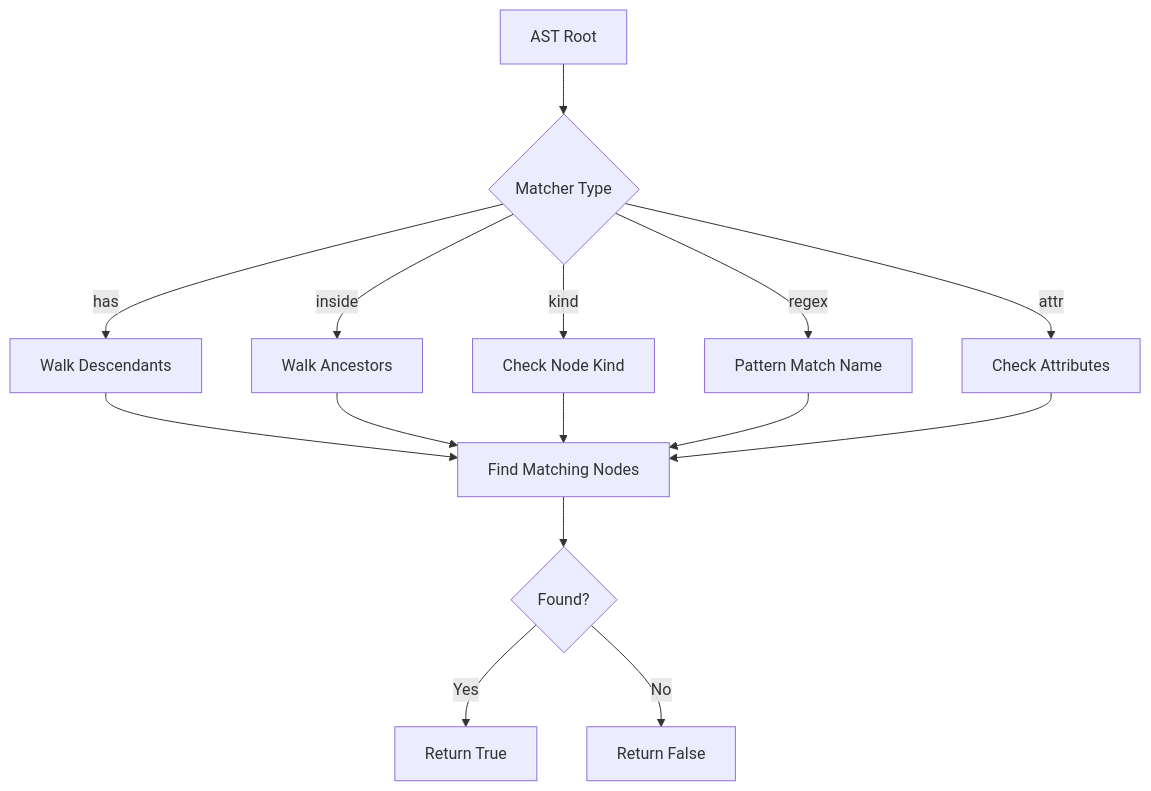
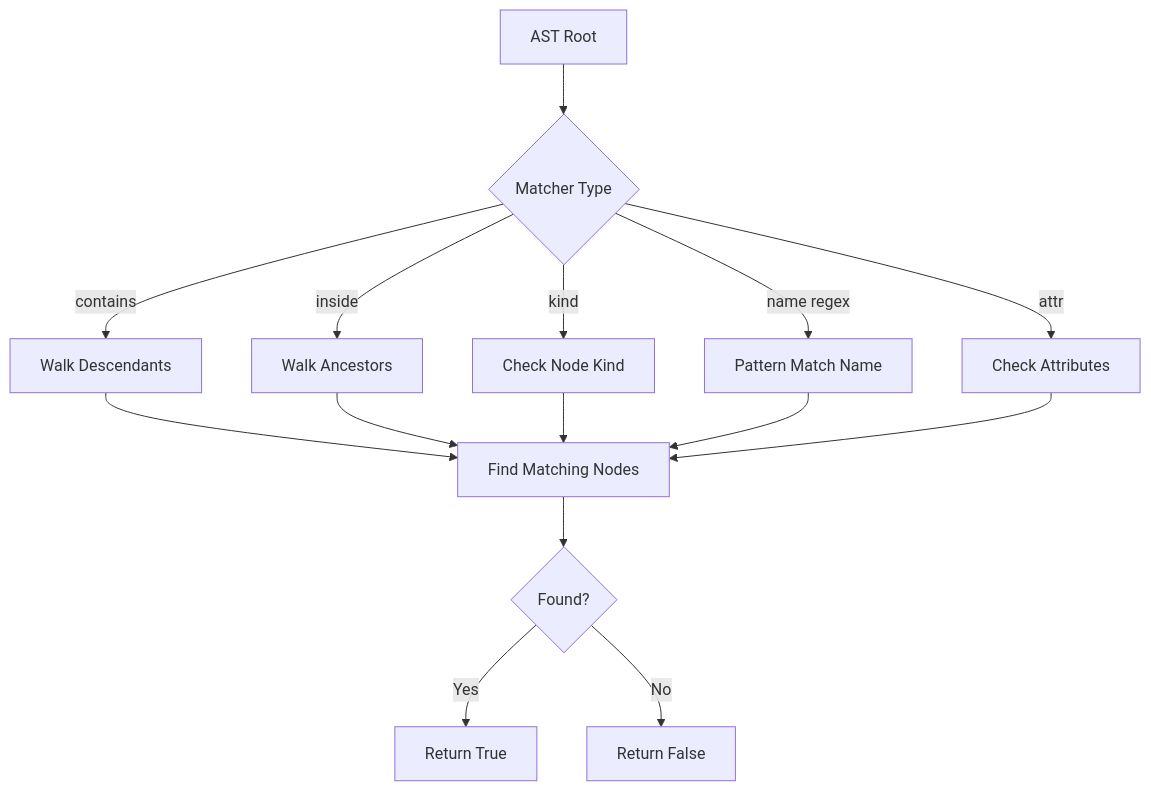
Before and after one commit to th13vn/w3goaudit: the seventh of 8 diagrams in docs/workflows.md, drawn with Mermaid. The commit also changed other lines of this file and 374 other files, not shown here.

````diff
--- a/docs/workflows.md
+++ b/docs/workflows.md
@@ -333,19 +386,19 @@
 ```mermaid
 graph TD
     A[AST Root] --> B{Matcher Type}
-    B -->|has| C[Walk Descendants]
+    B -->|contains| C[Walk Descendants]
     B -->|inside| D[Walk Ancestors]
     B -->|kind| E[Check Node Kind]
-    B -->|regex| F[Pattern Match Name]
+    B -->|name regex| F[Pattern Match Name]
     B -->|attr| G[Check Attributes]
     
     C --> H[Find Matching Nodes]
     D --> H
     E --> H
     F --> H
     G --> H
     
     H --> I{Found?}
     I -->|Yes| J[Return True]
     I -->|No| K[Return False]
 ```
````
